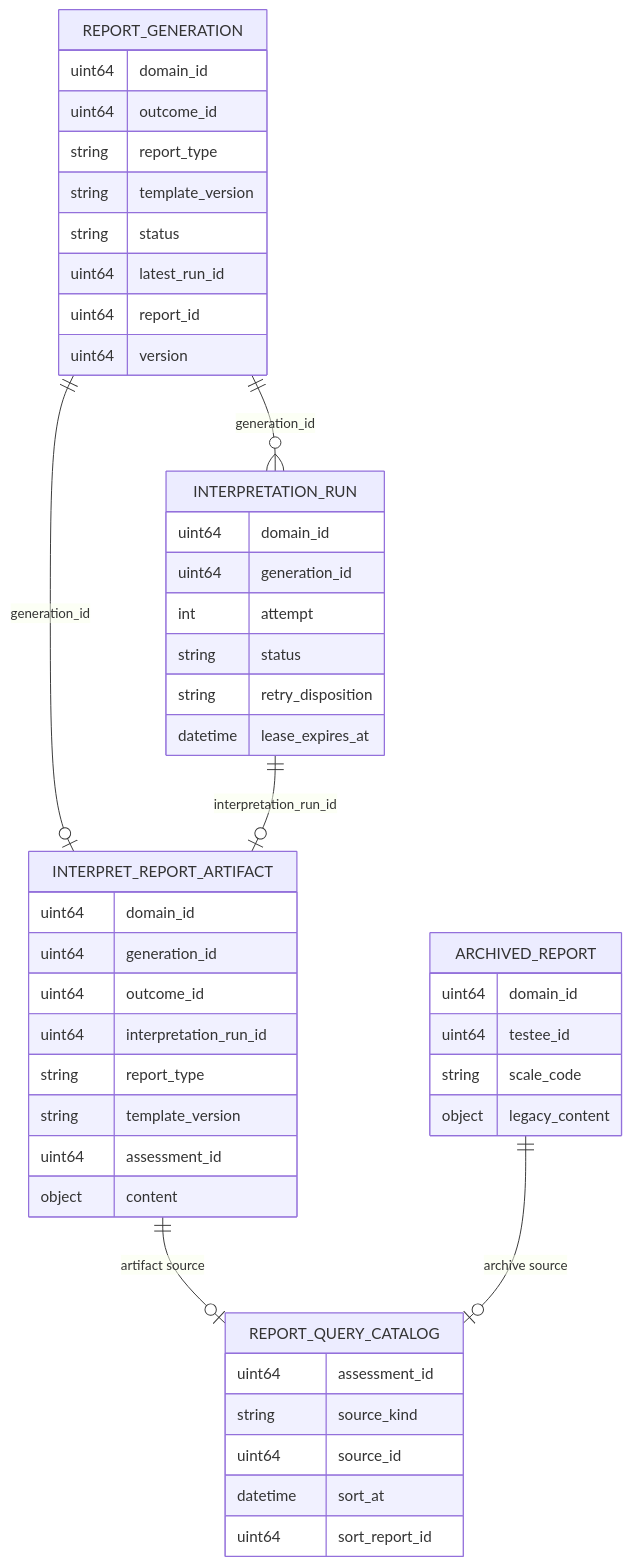
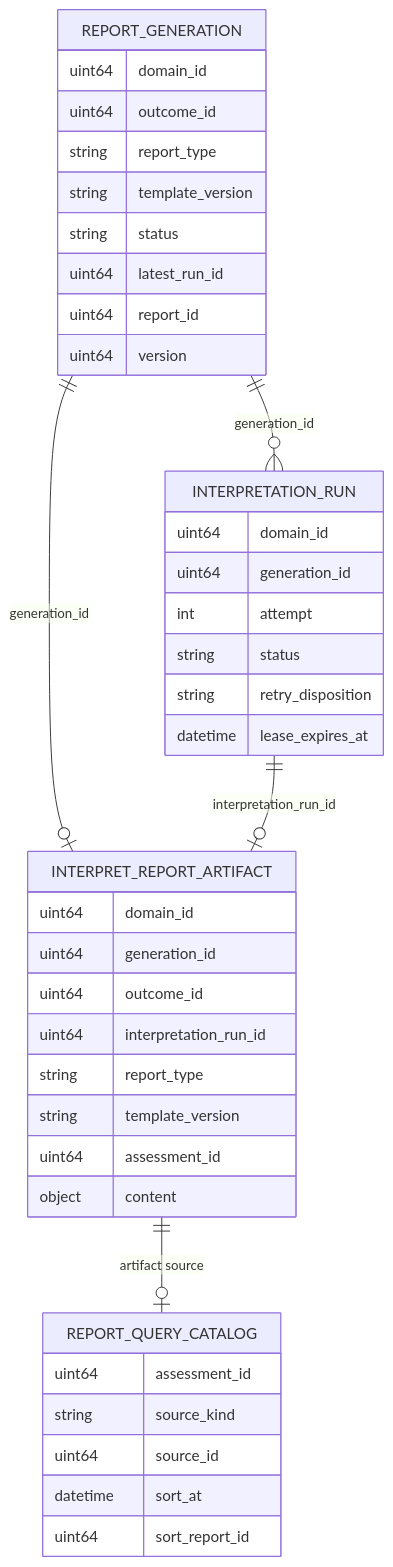
One commit to FangcunMount/qs-server changed the second of 4 diagrams in docs/02-业务模块/40-interpretation/23-核心设计-报告成品、版本与数据一致性.md. Above: the diagram before and after it, drawn with Mermaid. The commit also changed other lines of this file and 50 other files, not shown here.

````diff
--- a/docs/02-业务模块/40-interpretation/23-核心设计-报告成品、版本与数据一致性.md
+++ b/docs/02-业务模块/40-interpretation/23-核心设计-报告成品、版本与数据一致性.md
@@ -248,50 +244,43 @@
 ```mermaid
 erDiagram
     REPORT_GENERATION ||--o{ INTERPRETATION_RUN : "generation_id"
     REPORT_GENERATION ||--o| INTERPRET_REPORT_ARTIFACT : "generation_id"
     INTERPRETATION_RUN ||--o| INTERPRET_REPORT_ARTIFACT : "interpretation_run_id"
     INTERPRET_REPORT_ARTIFACT ||--o| REPORT_QUERY_CATALOG : "artifact source"
-    ARCHIVED_REPORT ||--o| REPORT_QUERY_CATALOG : "archive source"
 
     REPORT_GENERATION {
       uint64 domain_id
       uint64 outcome_id
       string report_type
       string template_version
       string status
       uint64 latest_run_id
       uint64 report_id
       uint64 version
     }
     INTERPRETATION_RUN {
       uint64 domain_id
       uint64 generation_id
       int attempt
       string status
       string retry_disposition
       datetime lease_expires_at
     }
     INTERPRET_REPORT_ARTIFACT {
       uint64 domain_id
       uint64 generation_id
       uint64 outcome_id
       uint64 interpretation_run_id
       string report_type
       string template_version
       uint64 assessment_id
       object content
     }
     REPORT_QUERY_CATALOG {
       uint64 assessment_id
       string source_kind
       uint64 source_id
       datetime sort_at
       uint64 sort_report_id
     }
-    ARCHIVED_REPORT {
-      uint64 domain_id
-      uint64 testee_id
-      string scale_code
-      object legacy_content
-    }
 ```
````
